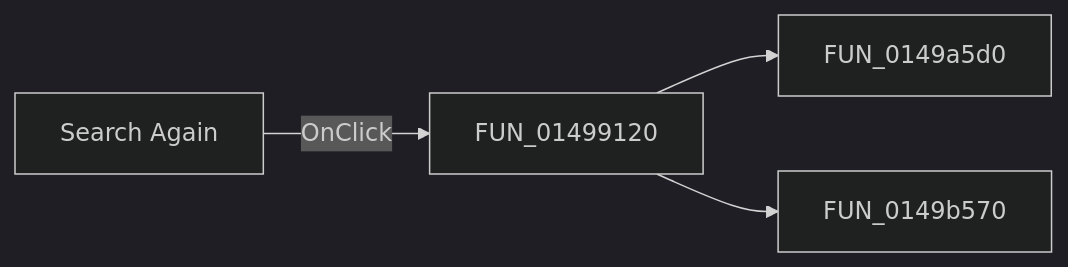
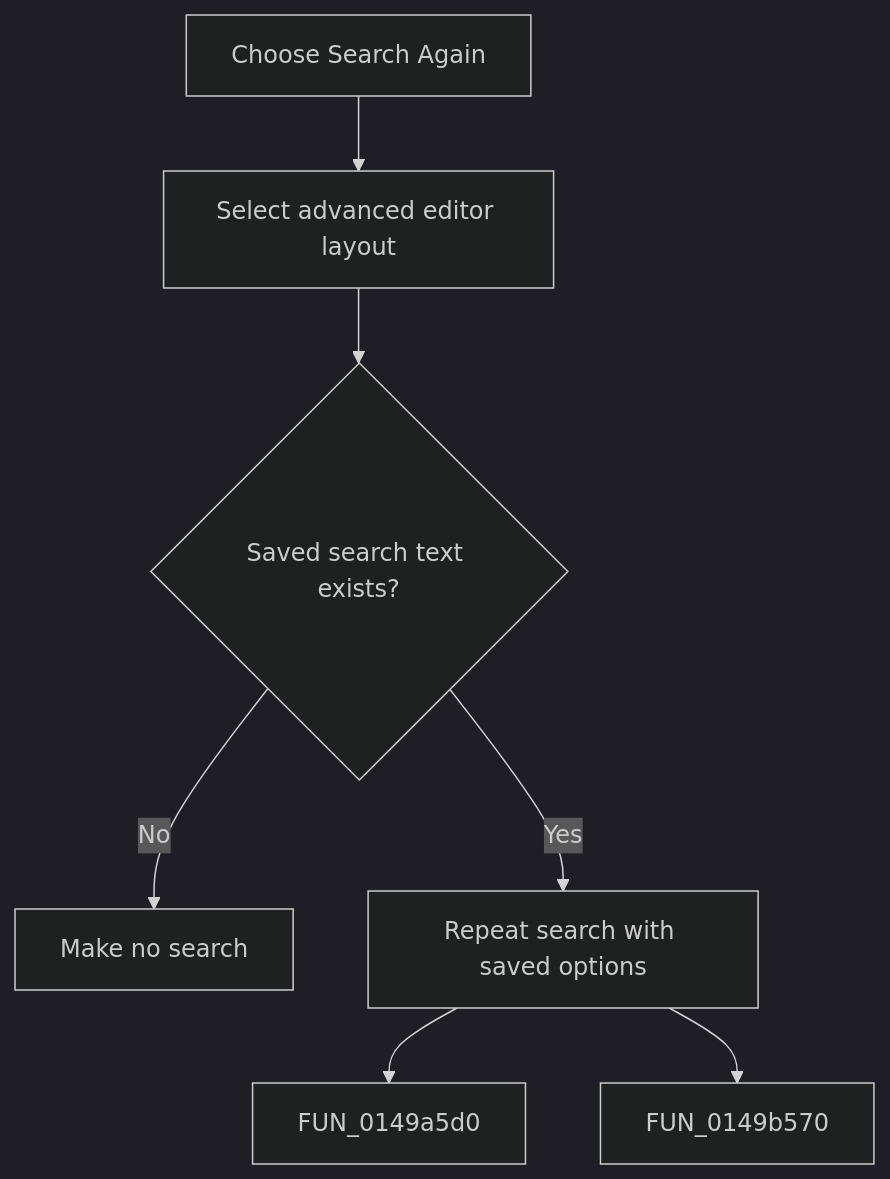
One commit to MovGP0/TIARA changed the diagram in docs/ui-controls/frmdesigntool/misearchagain-a1ca7efb8f.md. Above: the diagram before and after it, drawn with Mermaid (dark theme). The commit also changed other lines of this file and 387 other files, not shown here.

````diff
--- a/docs/ui-controls/frmdesigntool/misearchagain-a1ca7efb8f.md
+++ b/docs/ui-controls/frmdesigntool/misearchagain-a1ca7efb8f.md
@@ -27,6 +27,9 @@
 ```mermaid
-flowchart LR
-    control["Search Again"] -->|OnClick| handler["FUN_01499120"]
+flowchart TD
+    control["Choose Search Again"] --> expand["Select advanced editor layout"]
+    expand --> text{"Saved search text exists?"}
+    text -->|No| stop["Make no search"]
+    text -->|Yes| handler["Repeat search with saved options"]
     handler --> call1["FUN_0149a5d0"]
     handler --> call2["FUN_0149b570"]
 ```
````
